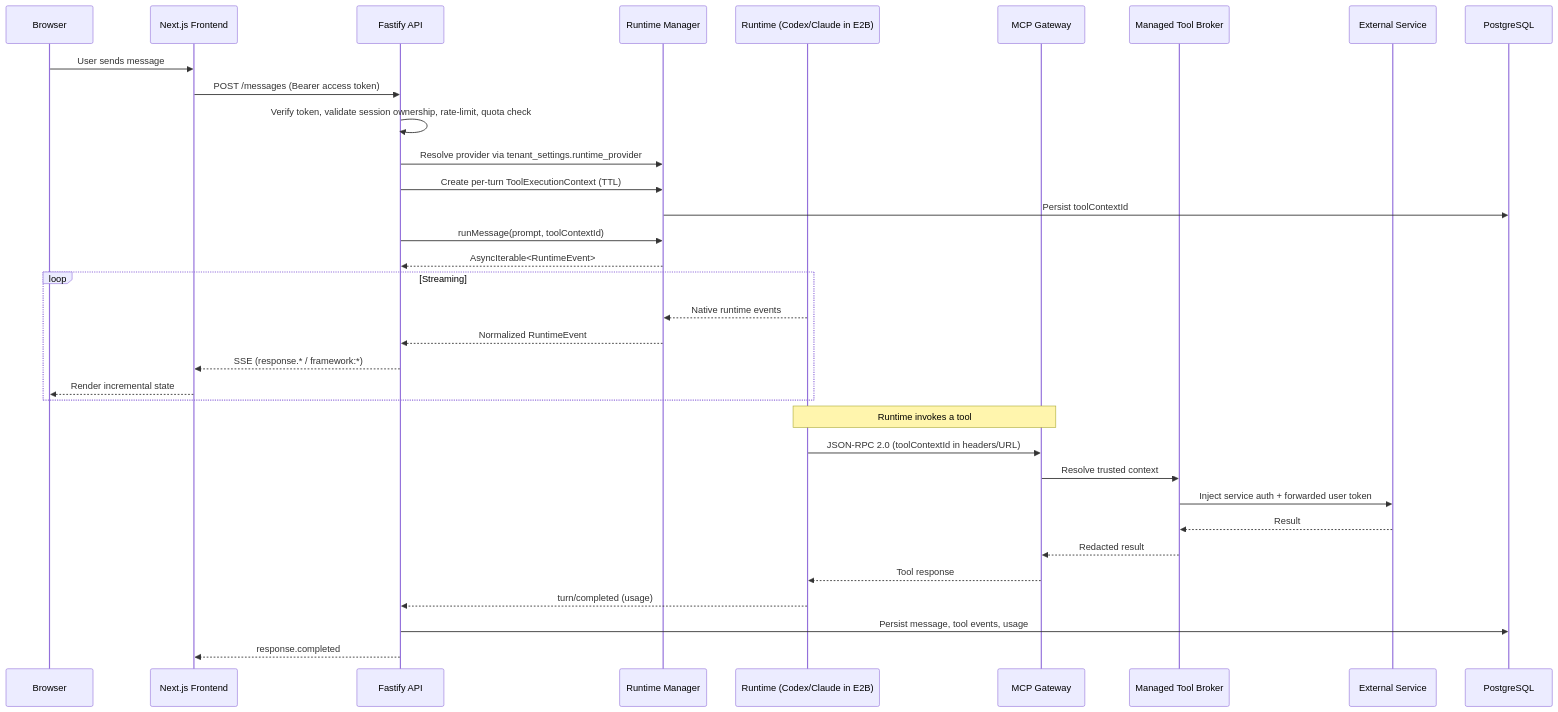
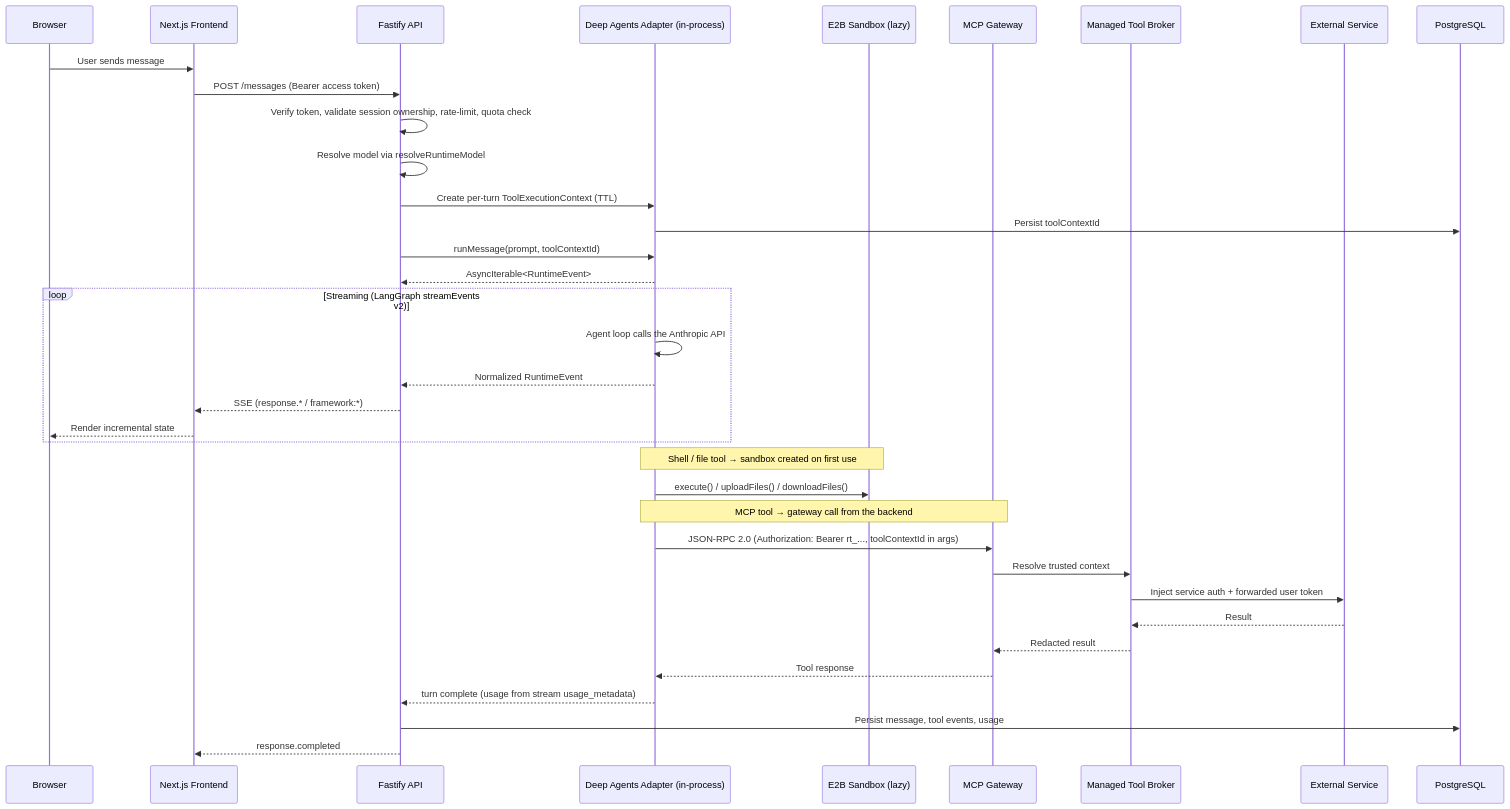
The diagram in docs/ARCHITECTURE.md (Cogniplane/cogniplane-core), drawn with Mermaid before and after one commit. The commit also changed other lines of this file and 720 other files, not shown here.

````diff
--- a/docs/ARCHITECTURE.md
+++ b/docs/ARCHITECTURE.md
@@ -64,40 +59,43 @@
 ```mermaid
 sequenceDiagram
     participant B as Browser
     participant F as Next.js Frontend
     participant A as Fastify API
-    participant SM as Runtime Manager
-    participant CW as Runtime (Codex/Claude in E2B)
+    participant DA as Deep Agents Adapter (in-process)
+    participant SB as E2B Sandbox (lazy)
     participant MCP as MCP Gateway
     participant TB as Managed Tool Broker
     participant Ext as External Service
     participant PG as PostgreSQL
 
     B->>F: User sends message
     F->>A: POST /messages (Bearer access token)
     A->>A: Verify token, validate session ownership, rate-limit, quota check
-    A->>SM: Resolve provider via tenant_settings.runtime_provider
-    A->>SM: Create per-turn ToolExecutionContext (TTL)
-    SM->>PG: Persist toolContextId
-    A->>SM: runMessage(prompt, toolContextId)
-    SM-->>A: AsyncIterable<RuntimeEvent>
+    A->>A: Resolve model via resolveRuntimeModel
+    A->>DA: Create per-turn ToolExecutionContext (TTL)
+    DA->>PG: Persist toolContextId
+    A->>DA: runMessage(prompt, toolContextId)
+    DA-->>A: AsyncIterable<RuntimeEvent>
 
-    loop Streaming
-        CW-->>SM: Native runtime events
-        SM-->>A: Normalized RuntimeEvent
+    loop Streaming (LangGraph streamEvents v2)
+        DA->>DA: Agent loop calls the Anthropic API
+        DA-->>A: Normalized RuntimeEvent
         A-->>F: SSE (response.* / framework:*)
         F-->>B: Render incremental state
     end
 
-    Note over CW,MCP: Runtime invokes a tool
-    CW->>MCP: JSON-RPC 2.0 (toolContextId in headers/URL)
+    Note over DA,SB: Shell / file tool → sandbox created on first use
+    DA->>SB: execute() / uploadFiles() / downloadFiles()
+
+    Note over DA,MCP: MCP tool → gateway call from the backend
+    DA->>MCP: JSON-RPC 2.0 (Authorization: Bearer rt_..., toolContextId in args)
     MCP->>TB: Resolve trusted context
     TB->>Ext: Inject service auth + forwarded user token
     Ext-->>TB: Result
     TB-->>MCP: Redacted result
-    MCP-->>CW: Tool response
+    MCP-->>DA: Tool response
 
-    CW-->>A: turn/completed (usage)
+    DA-->>A: turn complete (usage from stream usage_metadata)
     A->>PG: Persist message, tool events, usage
     A-->>F: response.completed
 ```
````
